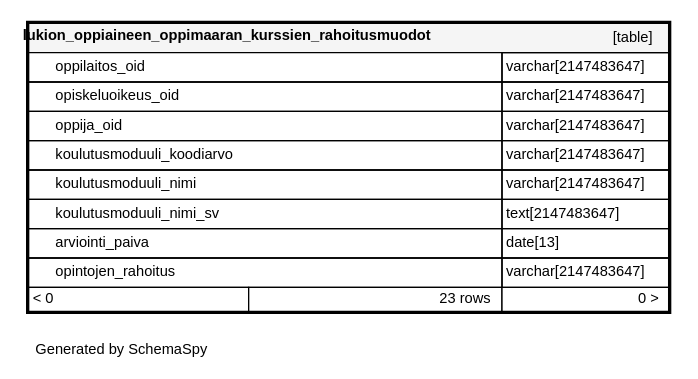
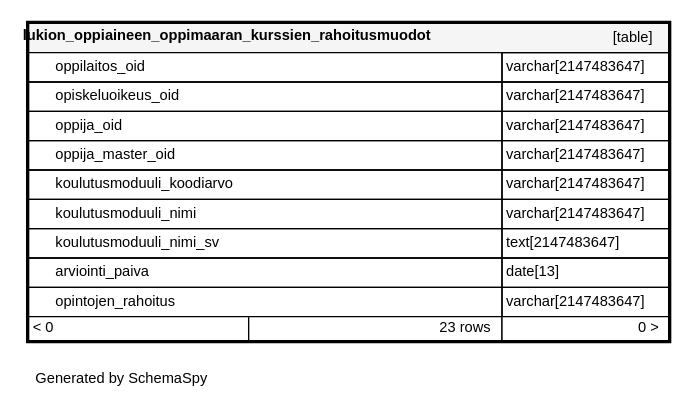
One commit to Opetushallitus/koski changed the diagram in documentation/tietokantaskeemat/koski-raportointikanta/diagrams/tables/lukion_oppiaineen_oppimaaran_ku_6b9ab367.1degree.dot. Above: the diagram before and after it, drawn with Graphviz. The commit also changed 44 other files, not shown here.

```diff
--- a/documentation/tietokantaskeemat/koski-raportointikanta/diagrams/tables/lukion_oppiaineen_oppimaaran_ku_6b9ab367.1degree.dot
+++ b/documentation/tietokantaskeemat/koski-raportointikanta/diagrams/tables/lukion_oppiaineen_oppimaaran_ku_6b9ab367.1degree.dot
@@ -1,21 +1,22 @@
 digraph "oneDegreeRelationshipsDiagram" {
   graph [    rankdir="RL"    bgcolor="#ffffff"    label="\nGenerated by SchemaSpy"    labeljust="l"    nodesep="0.18"    ranksep="0.46"    fontname="Helvetica"    fontsize="11"    ration="compress"  ];  node [    fontname="Helvetica"    fontsize="11"    shape="plaintext"  ];  edge [    arrowsize="0.8"  ];
   "lukion_oppiaineen_oppimaaran_kurssien_rahoitusmuodot" [
    label=<
     <TABLE BORDER="2" CELLBORDER="1" CELLSPACING="0" BGCOLOR="#ffffff">
       <TR><TD COLSPAN="4"  BGCOLOR="#f5f5f5"><TABLE BORDER="0" CELLSPACING="0"><TR><TD ALIGN="LEFT" FIXEDSIZE="TRUE" WIDTH="334" HEIGHT="16"><B>lukion_oppiaineen_oppimaaran_kurssien_rahoitusmuodot</B></TD><TD ALIGN="RIGHT">[table]</TD></TR></TABLE></TD></TR>
       <TR><TD PORT="oppilaitos_oid" COLSPAN="2" BGCOLOR="#ffffff" ALIGN="LEFT"><TABLE BORDER="0" CELLSPACING="0" ALIGN="LEFT"><TR ALIGN="LEFT"><TD ALIGN="LEFT" FIXEDSIZE="TRUE" WIDTH="15" HEIGHT="16"></TD><TD ALIGN="LEFT" FIXEDSIZE="TRUE" WIDTH="334" HEIGHT="16">oppilaitos_oid</TD></TR></TABLE></TD><TD PORT="oppilaitos_oid.type" ALIGN="LEFT">varchar[2147483647]</TD></TR>
       <TR><TD PORT="opiskeluoikeus_oid" COLSPAN="2" ALIGN="LEFT"><TABLE BORDER="0" CELLSPACING="0" ALIGN="LEFT"><TR ALIGN="LEFT"><TD ALIGN="LEFT" FIXEDSIZE="TRUE" WIDTH="15" HEIGHT="16"></TD><TD ALIGN="LEFT" FIXEDSIZE="TRUE" WIDTH="334" HEIGHT="16">opiskeluoikeus_oid</TD></TR></TABLE></TD><TD PORT="opiskeluoikeus_oid.type" ALIGN="LEFT">varchar[2147483647]</TD></TR>
       <TR><TD PORT="oppija_oid" COLSPAN="2" ALIGN="LEFT"><TABLE BORDER="0" CELLSPACING="0" ALIGN="LEFT"><TR ALIGN="LEFT"><TD ALIGN="LEFT" FIXEDSIZE="TRUE" WIDTH="15" HEIGHT="16"></TD><TD ALIGN="LEFT" FIXEDSIZE="TRUE" WIDTH="334" HEIGHT="16">oppija_oid</TD></TR></TABLE></TD><TD PORT="oppija_oid.type" ALIGN="LEFT">varchar[2147483647]</TD></TR>
+      <TR><TD PORT="oppija_master_oid" COLSPAN="2" ALIGN="LEFT"><TABLE BORDER="0" CELLSPACING="0" ALIGN="LEFT"><TR ALIGN="LEFT"><TD ALIGN="LEFT" FIXEDSIZE="TRUE" WIDTH="15" HEIGHT="16"></TD><TD ALIGN="LEFT" FIXEDSIZE="TRUE" WIDTH="334" HEIGHT="16">oppija_master_oid</TD></TR></TABLE></TD><TD PORT="oppija_master_oid.type" ALIGN="LEFT">varchar[2147483647]</TD></TR>
       <TR><TD PORT="koulutusmoduuli_koodiarvo" COLSPAN="2" ALIGN="LEFT"><TABLE BORDER="0" CELLSPACING="0" ALIGN="LEFT"><TR ALIGN="LEFT"><TD ALIGN="LEFT" FIXEDSIZE="TRUE" WIDTH="15" HEIGHT="16"></TD><TD ALIGN="LEFT" FIXEDSIZE="TRUE" WIDTH="334" HEIGHT="16">koulutusmoduuli_koodiarvo</TD></TR></TABLE></TD><TD PORT="koulutusmoduuli_koodiarvo.type" ALIGN="LEFT">varchar[2147483647]</TD></TR>
       <TR><TD PORT="koulutusmoduuli_nimi" COLSPAN="2" ALIGN="LEFT"><TABLE BORDER="0" CELLSPACING="0" ALIGN="LEFT"><TR ALIGN="LEFT"><TD ALIGN="LEFT" FIXEDSIZE="TRUE" WIDTH="15" HEIGHT="16"></TD><TD ALIGN="LEFT" FIXEDSIZE="TRUE" WIDTH="334" HEIGHT="16">koulutusmoduuli_nimi</TD></TR></TABLE></TD><TD PORT="koulutusmoduuli_nimi.type" ALIGN="LEFT">varchar[2147483647]</TD></TR>
       <TR><TD PORT="koulutusmoduuli_nimi_sv" COLSPAN="2" ALIGN="LEFT"><TABLE BORDER="0" CELLSPACING="0" ALIGN="LEFT"><TR ALIGN="LEFT"><TD ALIGN="LEFT" FIXEDSIZE="TRUE" WIDTH="15" HEIGHT="16"></TD><TD ALIGN="LEFT" FIXEDSIZE="TRUE" WIDTH="334" HEIGHT="16">koulutusmoduuli_nimi_sv</TD></TR></TABLE></TD><TD PORT="koulutusmoduuli_nimi_sv.type" ALIGN="LEFT">text[2147483647]</TD></TR>
       <TR><TD PORT="arviointi_paiva" COLSPAN="2" ALIGN="LEFT"><TABLE BORDER="0" CELLSPACING="0" ALIGN="LEFT"><TR ALIGN="LEFT"><TD ALIGN="LEFT" FIXEDSIZE="TRUE" WIDTH="15" HEIGHT="16"></TD><TD ALIGN="LEFT" FIXEDSIZE="TRUE" WIDTH="334" HEIGHT="16">arviointi_paiva</TD></TR></TABLE></TD><TD PORT="arviointi_paiva.type" ALIGN="LEFT">date[13]</TD></TR>
       <TR><TD PORT="opintojen_rahoitus" COLSPAN="2" ALIGN="LEFT"><TABLE BORDER="0" CELLSPACING="0" ALIGN="LEFT"><TR ALIGN="LEFT"><TD ALIGN="LEFT" FIXEDSIZE="TRUE" WIDTH="15" HEIGHT="16"></TD><TD ALIGN="LEFT" FIXEDSIZE="TRUE" WIDTH="334" HEIGHT="16">opintojen_rahoitus</TD></TR></TABLE></TD><TD PORT="opintojen_rahoitus.type" ALIGN="LEFT">varchar[2147483647]</TD></TR>
       <TR><TD ALIGN="LEFT" BGCOLOR="#ffffff">&lt; 0</TD><TD ALIGN="RIGHT" BGCOLOR="#ffffff">23 rows</TD><TD ALIGN="RIGHT" BGCOLOR="#ffffff">0 &gt;</TD></TR>
     </TABLE>>
     URL="../../tables/lukion_oppiaineen_oppimaaran_ku_6b9ab367.html"
     target="_top"
     tooltip="lukion_oppiaineen_oppimaaran_kurssien_rahoitusmuodot"
   ];
 }
```
